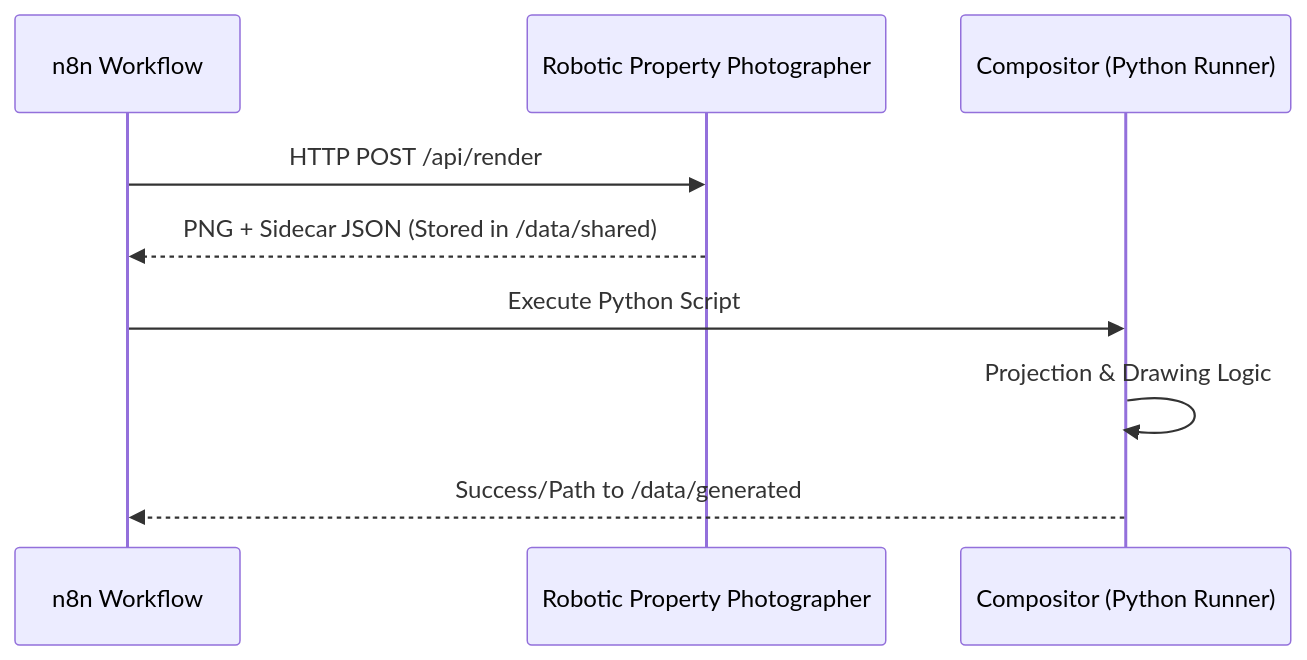
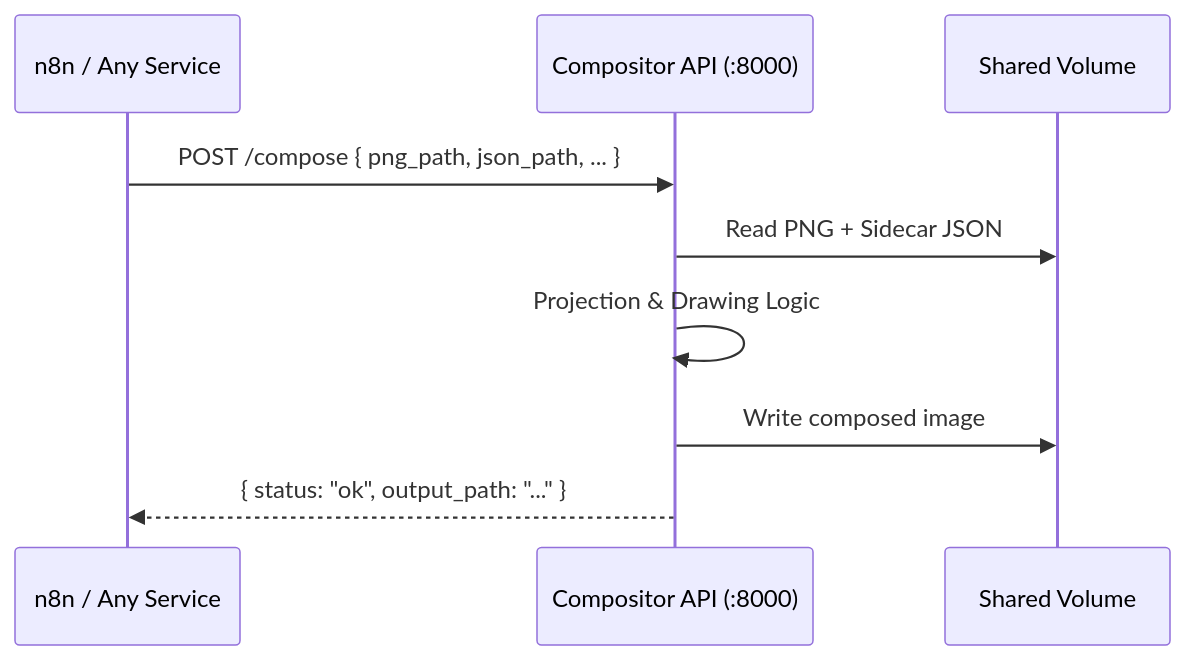
The diagram in README.md (ditchallaway/property-image-compositor), drawn with Mermaid before and after one commit. The commit also changed other lines of this file and 20 other files, not shown here.

````diff
--- a/README.md
+++ b/README.md
@@ -32,12 +9,12 @@
 ```mermaid
 sequenceDiagram
-    participant n8n as n8n Workflow
-    participant Robot as Robotic Property Photographer
-    participant Comp as Compositor (Python Runner)
-    
-    n8n->>Robot: HTTP POST /api/render
-    Robot-->>n8n: PNG + Sidecar JSON (Stored in /data/shared)
-    n8n->>Comp: Execute Python Script
-    Comp->>Comp: Projection & Drawing Logic
-    Comp-->>n8n: Success/Path to /data/generated
+    participant Caller as n8n / Any Service
+    participant API as Compositor API (:8000)
+    participant FS as Shared Volume
+
+    Caller->>API: POST /compose { png_path, json_path, ... }
+    API->>FS: Read PNG + Sidecar JSON
+    API->>API: Projection & Drawing Logic
+    API->>FS: Write composed image
+    API-->>Caller: { status: "ok", output_path: "..." }
 ```
````
